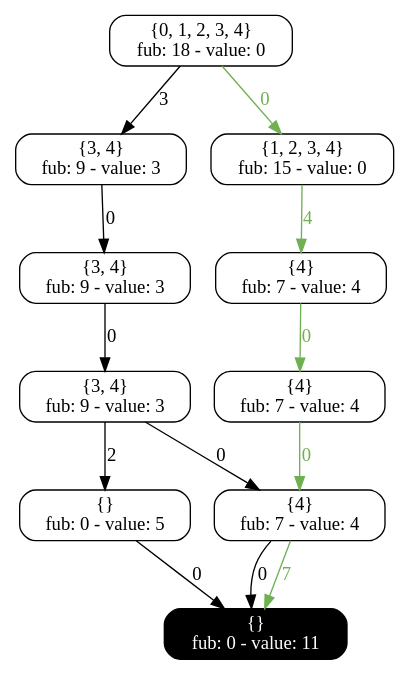
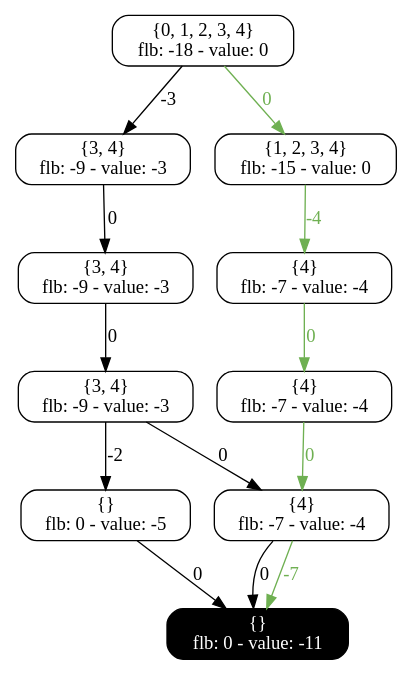
Before and after one commit to DDOLIB-CETIC-UCL/DDOLib: the diagram in output/Misp_restricted.dot, drawn with Graphviz. The commit also changed 5 other files, not shown here.

```diff
--- a/output/Misp_restricted.dot
+++ b/output/Misp_restricted.dot
@@ -1,34 +1,34 @@
 digraph restricted{
 0 [label="{0, 1, 2, 3, 4}
-fub: 18 - value: 0", style=rounded, shape=rectangle, tooltip="Exact node"];
+flb: -18 - value: 0", style=rounded, shape=rectangle, tooltip="Exact node"];
 2 [label="{3, 4}
-fub: 9 - value: 3", style=rounded, shape=rectangle, tooltip="Exact node"];
+flb: -9 - value: -3", style=rounded, shape=rectangle, tooltip="Exact node"];
 1 [label="{1, 2, 3, 4}
-fub: 15 - value: 0", style=rounded, shape=rectangle, tooltip="Exact node"];
+flb: -15 - value: 0", style=rounded, shape=rectangle, tooltip="Exact node"];
 5 [label="{4}
-fub: 7 - value: 4", style=rounded, shape=rectangle, tooltip="Exact node"];
+flb: -7 - value: -4", style=rounded, shape=rectangle, tooltip="Exact node"];
 3 [label="{3, 4}
-fub: 9 - value: 3", style=rounded, shape=rectangle, tooltip="Exact node"];
+flb: -9 - value: -3", style=rounded, shape=rectangle, tooltip="Exact node"];
 6 [label="{4}
-fub: 7 - value: 4", style=rounded, shape=rectangle, tooltip="Exact node"];
+flb: -7 - value: -4", style=rounded, shape=rectangle, tooltip="Exact node"];
 7 [label="{3, 4}
-fub: 9 - value: 3", style=rounded, shape=rectangle, tooltip="Exact node"];
+flb: -9 - value: -3", style=rounded, shape=rectangle, tooltip="Exact node"];
 8 [label="{4}
-fub: 7 - value: 4", style=rounded, shape=rectangle, tooltip="Exact node"];
+flb: -7 - value: -4", style=rounded, shape=rectangle, tooltip="Exact node"];
 9 [label="{}
-fub: 0 - value: 5", style=rounded, shape=rectangle, tooltip="Exact node"];
+flb: 0 - value: -5", style=rounded, shape=rectangle, tooltip="Exact node"];
 10 [label="{}
-fub: 0 - value: 11", style=rounded, shape=rectangle, tooltip="Exact node", style="filled, rounded", shape=rectangle, color=black, fontcolor=white, tooltip="Terminal node"];
-0 -> 2 [label=3, tooltip="Decision: assign 1 to var 0"];
-8 -> 10 [label=7, tooltip="Decision: assign 1 to var 4", color="#6fb052", fontcolor="#6fb052"];
-7 -> 9 [label=2, tooltip="Decision: assign 1 to var 3"];
+flb: 0 - value: -11", style=rounded, shape=rectangle, tooltip="Exact node", style="filled, rounded", shape=rectangle, color=black, fontcolor=white, tooltip="Terminal node"];
+1 -> 5 [label=-4, tooltip="Decision: assign 1 to var 1", color="#6fb052", fontcolor="#6fb052"];
 5 -> 6 [label=0, tooltip="Decision: assign 0 to var 2", color="#6fb052", fontcolor="#6fb052"];
+9 -> 10 [label=0, tooltip="Decision: assign 0 to var 4"];
+0 -> 2 [label=-3, tooltip="Decision: assign 1 to var 0"];
+7 -> 8 [label=0, tooltip="Decision: assign 0 to var 3"];
+6 -> 8 [label=0, tooltip="Decision: assign 0 to var 3", color="#6fb052", fontcolor="#6fb052"];
+0 -> 1 [label=0, tooltip="Decision: assign 0 to var 0", color="#6fb052", fontcolor="#6fb052"];
+3 -> 7 [label=0, tooltip="Decision: assign 0 to var 2"];
+7 -> 9 [label=-2, tooltip="Decision: assign 1 to var 3"];
+8 -> 10 [label=-7, tooltip="Decision: assign 1 to var 4", color="#6fb052", fontcolor="#6fb052"];
 2 -> 3 [label=0, tooltip="Decision: assign 0 to var 1"];
-1 -> 5 [label=4, tooltip="Decision: assign 1 to var 1", color="#6fb052", fontcolor="#6fb052"];
-3 -> 7 [label=0, tooltip="Decision: assign 0 to var 2"];
-7 -> 8 [label=0, tooltip="Decision: assign 0 to var 3"];
-9 -> 10 [label=0, tooltip="Decision: assign 0 to var 4"];
-0 -> 1 [label=0, tooltip="Decision: assign 0 to var 0", color="#6fb052", fontcolor="#6fb052"];
 8 -> 10 [label=0, tooltip="Decision: assign 0 to var 4"];
-6 -> 8 [label=0, tooltip="Decision: assign 0 to var 3", color="#6fb052", fontcolor="#6fb052"];
 }
```
